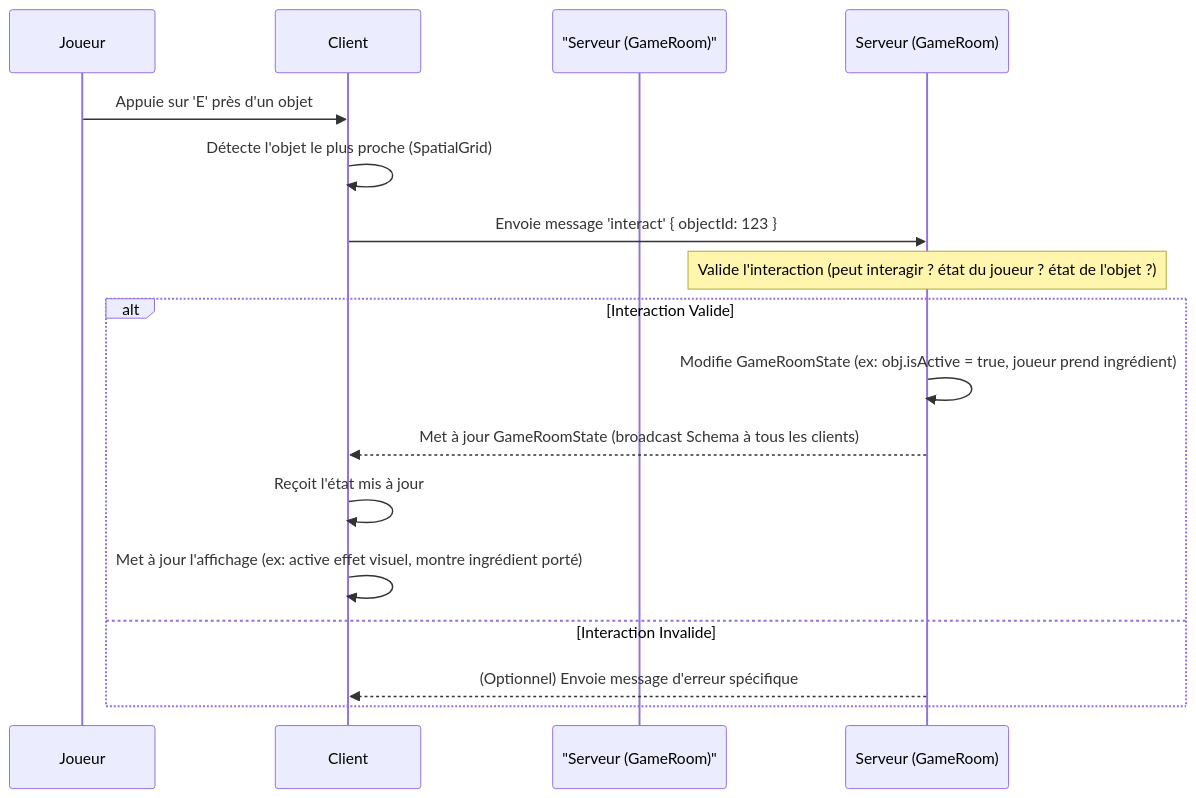
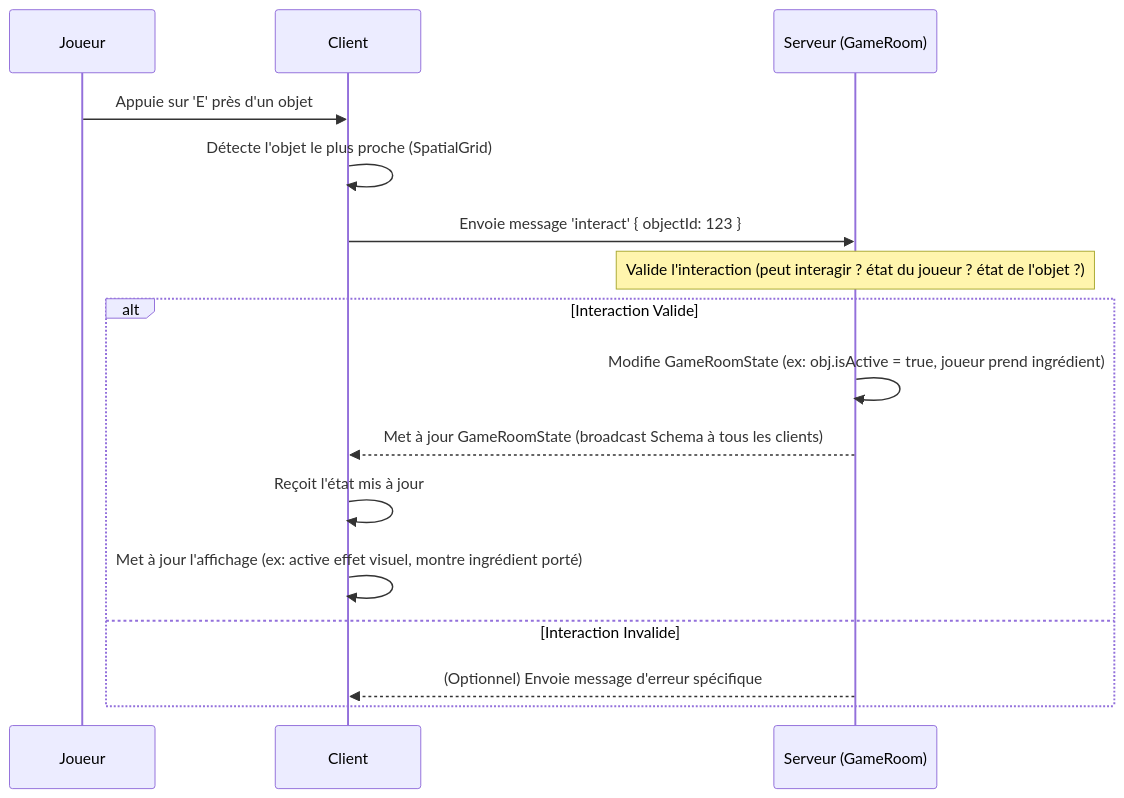
One commit to TriForMine/Delixia changed the second of 3 diagrams in README.md. Above: the diagram before and after it, drawn with Mermaid. The commit also changed other lines of this file, not shown here.

Commit message:
fix(README): simplify server diagram label for clarity

````diff
--- a/README.md
+++ b/README.md
@@ -88,19 +88,19 @@
     ```mermaid
     sequenceDiagram
         participant Joueur
         participant Client
-        participant "Serveur (GameRoom)"
+        participant Serveur (GameRoom)
 
         Joueur->>Client: Appuie sur 'E' près d'un objet
         Client->>Client: Détecte l'objet le plus proche (SpatialGrid)
         Client->>Serveur (GameRoom): Envoie message 'interact' { objectId: 123 }
         Note over Serveur (GameRoom): Valide l'interaction (peut interagir ? état du joueur ? état de l'objet ?)
         alt Interaction Valide
             Serveur (GameRoom)->>Serveur (GameRoom): Modifie GameRoomState (ex: obj.isActive = true, joueur prend ingrédient)
             Serveur (GameRoom)-->>Client: Met à jour GameRoomState (broadcast Schema à tous les clients)
             Client->>Client: Reçoit l'état mis à jour
             Client->>Client: Met à jour l'affichage (ex: active effet visuel, montre ingrédient porté)
         else Interaction Invalide
             Serveur (GameRoom)-->>Client: (Optionnel) Envoie message d'erreur spécifique
         end
     ```
````
